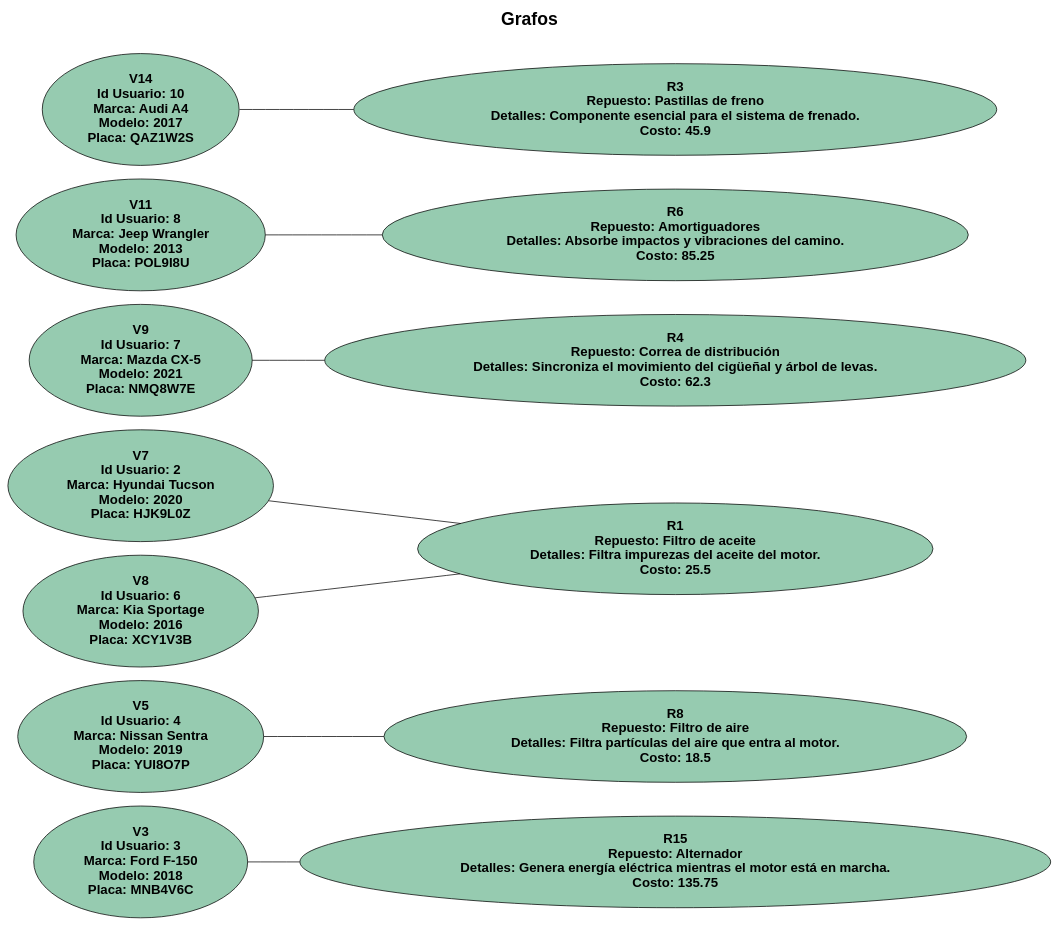
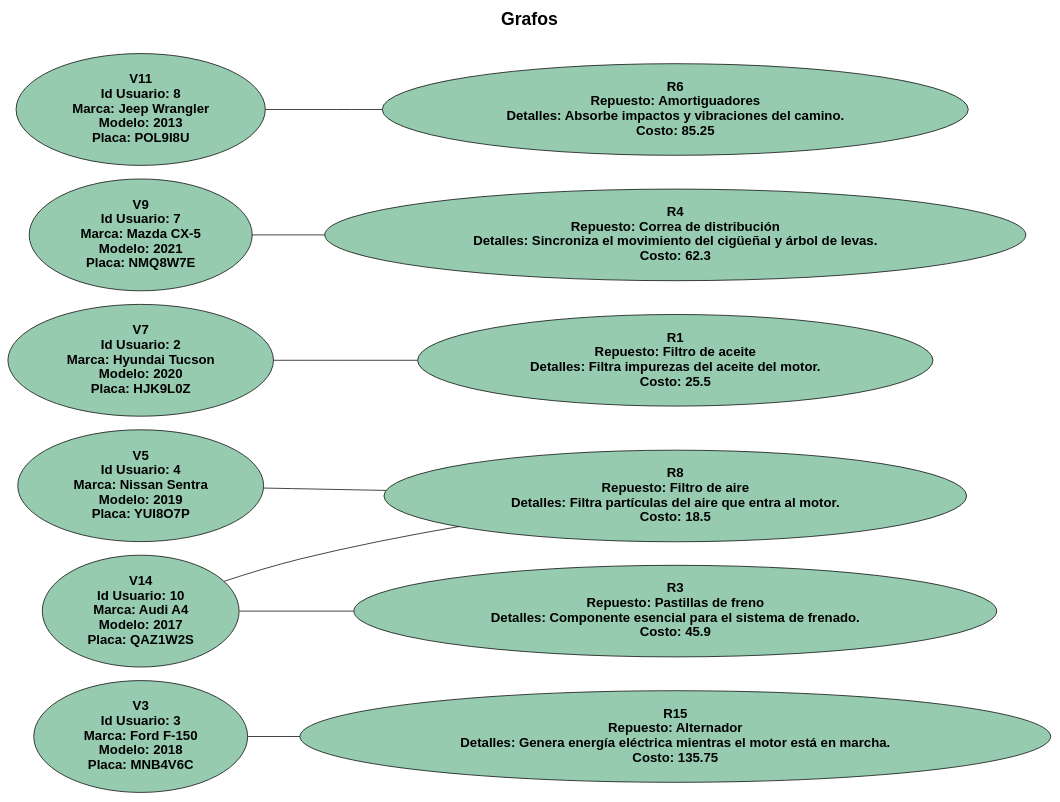
One commit to Saloj17/-EDD-1S2025_201900081 changed the diagram in Fase3/Reportes/grafo.dot. Above: the diagram before and after it, drawn with Graphviz. The commit also changed 20 other files, not shown here.

```diff
--- a/Fase3/Reportes/grafo.dot
+++ b/Fase3/Reportes/grafo.dot
@@ -1,80 +1,80 @@
 graph G {
 rankdir ="LR";
 label = "Grafos
 
 ";
 
 labelloc = "t";
 fontsize = 24;
 fontname = "Helvetica-Bold";
 V3[label="V3 
  Id Usuario: 3
  Marca: Ford F-150
  Modelo: 2018 
  Placa: MNB4V6C"  style="filled" fillcolor="#96cbb0" fontname="Helvetica-Bold" fontsize = 18];
 R15 [label="R15 
  Repuesto: Alternador 
  Detalles: Genera energía eléctrica mientras el motor está en marcha. 
  Costo: 135.75"   style="filled" fillcolor="#96cbb0" fontname="Helvetica-Bold" fontsize = 18];
 V3 -- R15 [dir=normal];
 V5[label="V5 
  Id Usuario: 4
  Marca: Nissan Sentra
  Modelo: 2019 
  Placa: YUI8O7P"  style="filled" fillcolor="#96cbb0" fontname="Helvetica-Bold" fontsize = 18];
 R8 [label="R8 
  Repuesto: Filtro de aire 
  Detalles: Filtra partículas del aire que entra al motor. 
  Costo: 18.5"   style="filled" fillcolor="#96cbb0" fontname="Helvetica-Bold" fontsize = 18];
 V5 -- R8 [dir=normal];
 V7[label="V7 
  Id Usuario: 2
  Marca: Hyundai Tucson
  Modelo: 2020 
  Placa: HJK9L0Z"  style="filled" fillcolor="#96cbb0" fontname="Helvetica-Bold" fontsize = 18];
 R1 [label="R1 
  Repuesto: Filtro de aceite 
  Detalles: Filtra impurezas del aceite del motor. 
  Costo: 25.5"   style="filled" fillcolor="#96cbb0" fontname="Helvetica-Bold" fontsize = 18];
 V7 -- R1 [dir=normal];
-V8[label="V8 
- Id Usuario: 6
- Marca: Kia Sportage
- Modelo: 2016 
- Placa: XCY1V3B"  style="filled" fillcolor="#96cbb0" fontname="Helvetica-Bold" fontsize = 18];
-R1 [label="R1 
- Repuesto: Filtro de aceite 
- Detalles: Filtra impurezas del aceite del motor. 
- Costo: 25.5"   style="filled" fillcolor="#96cbb0" fontname="Helvetica-Bold" fontsize = 18];
-V8 -- R1 [dir=normal];
 V9[label="V9 
  Id Usuario: 7
  Marca: Mazda CX-5
  Modelo: 2021 
  Placa: NMQ8W7E"  style="filled" fillcolor="#96cbb0" fontname="Helvetica-Bold" fontsize = 18];
 R4 [label="R4 
  Repuesto: Correa de distribución 
  Detalles: Sincroniza el movimiento del cigüeñal y árbol de levas. 
  Costo: 62.3"   style="filled" fillcolor="#96cbb0" fontname="Helvetica-Bold" fontsize = 18];
 V9 -- R4 [dir=normal];
 V11[label="V11 
  Id Usuario: 8
  Marca: Jeep Wrangler
  Modelo: 2013 
  Placa: POL9I8U"  style="filled" fillcolor="#96cbb0" fontname="Helvetica-Bold" fontsize = 18];
 R6 [label="R6 
  Repuesto: Amortiguadores 
  Detalles: Absorbe impactos y vibraciones del camino. 
  Costo: 85.25"   style="filled" fillcolor="#96cbb0" fontname="Helvetica-Bold" fontsize = 18];
 V11 -- R6 [dir=normal];
 V14[label="V14 
  Id Usuario: 10
  Marca: Audi A4
  Modelo: 2017 
  Placa: QAZ1W2S"  style="filled" fillcolor="#96cbb0" fontname="Helvetica-Bold" fontsize = 18];
+R8 [label="R8 
+ Repuesto: Filtro de aire 
+ Detalles: Filtra partículas del aire que entra al motor. 
+ Costo: 18.5"   style="filled" fillcolor="#96cbb0" fontname="Helvetica-Bold" fontsize = 18];
+V14 -- R8 [dir=normal];
+V14[label="V14 
+ Id Usuario: 10
+ Marca: Audi A4
+ Modelo: 2017 
+ Placa: QAZ1W2S"  style="filled" fillcolor="#96cbb0" fontname="Helvetica-Bold" fontsize = 18];
 R3 [label="R3 
  Repuesto: Pastillas de freno 
  Detalles: Componente esencial para el sistema de frenado. 
  Costo: 45.9"   style="filled" fillcolor="#96cbb0" fontname="Helvetica-Bold" fontsize = 18];
 V14 -- R3 [dir=normal];
 }
```
